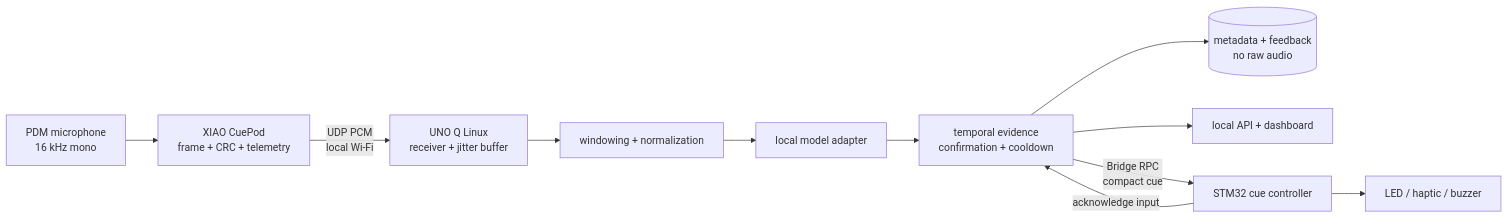
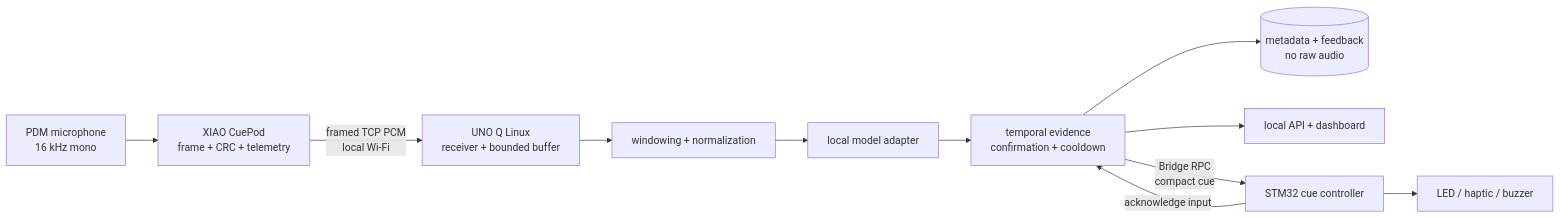
The diagram in docs/architecture.md (dvellon/cueloop), drawn with Mermaid before and after one commit. The commit also changed other lines of this file and 41 other files, not shown here.

````diff
--- a/docs/architecture.md
+++ b/docs/architecture.md
@@ -5,13 +5,13 @@
 ```mermaid
 flowchart LR
   MIC[PDM microphone<br/>16 kHz mono] --> POD[XIAO CuePod<br/>frame + CRC + telemetry]
-  POD -->|UDP PCM<br/>local Wi-Fi| RX[UNO Q Linux<br/>receiver + jitter buffer]
+  POD -->|framed TCP PCM<br/>local Wi-Fi| RX[UNO Q Linux<br/>receiver + bounded buffer]
   RX --> WIN[windowing + normalization]
   WIN --> MODEL[local model adapter]
   MODEL --> ENGINE[temporal evidence<br/>confirmation + cooldown]
   ENGINE --> STORE[(metadata + feedback<br/>no raw audio)]
   ENGINE --> API[local API + dashboard]
   ENGINE -->|Bridge RPC<br/>compact cue| MCU[STM32 cue controller]
   MCU --> OUT[LED / haptic / buzzer]
   MCU -->|acknowledge input| ENGINE
 ```
````
